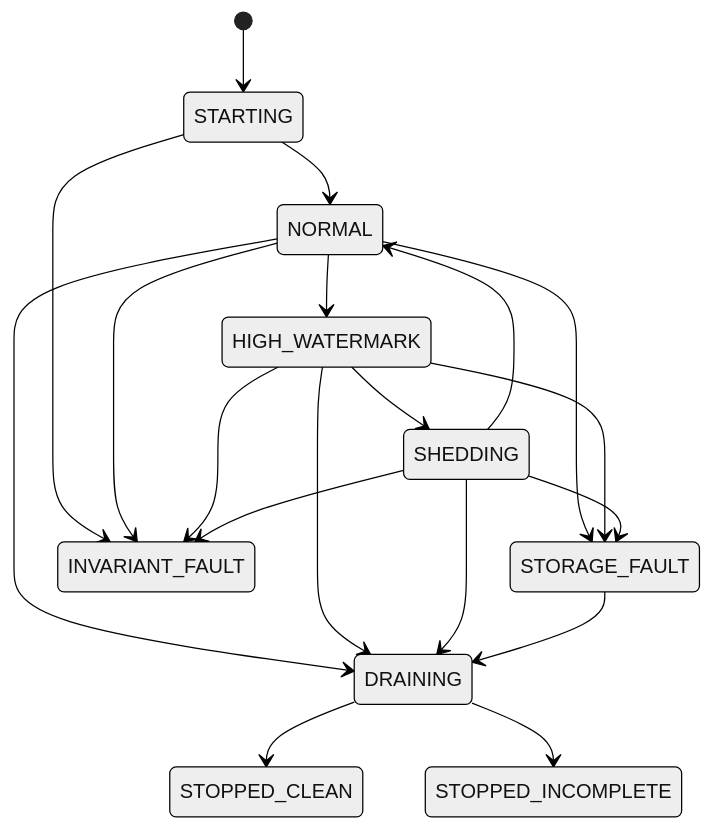
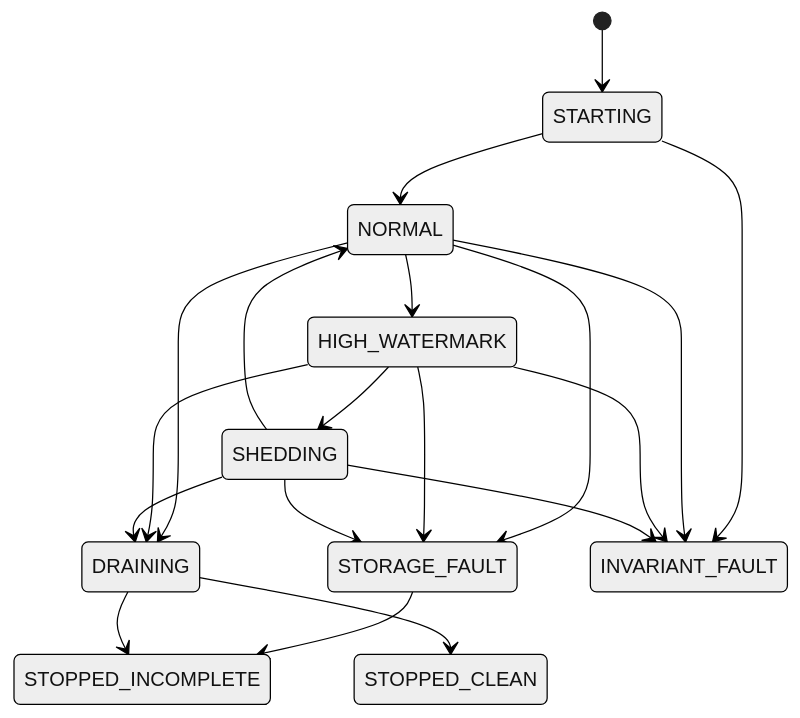
Before and after one commit to yusufdxb/BlackBoxRS: the diagram in docs/native_capture_failure_model.md, drawn with Mermaid (neutral theme). The commit also changed other lines of this file and 34 other files, not shown here.

````diff
--- a/docs/native_capture_failure_model.md
+++ b/docs/native_capture_failure_model.md
@@ -15,21 +15,21 @@
 ```mermaid
 stateDiagram-v2
     [*] --> STARTING
     STARTING --> NORMAL
     NORMAL --> HIGH_WATERMARK
     HIGH_WATERMARK --> SHEDDING
     SHEDDING --> NORMAL
     NORMAL --> STORAGE_FAULT
     HIGH_WATERMARK --> STORAGE_FAULT
     SHEDDING --> STORAGE_FAULT
     NORMAL --> DRAINING
     HIGH_WATERMARK --> DRAINING
     SHEDDING --> DRAINING
-    STORAGE_FAULT --> DRAINING
+    STORAGE_FAULT --> STOPPED_INCOMPLETE
     DRAINING --> STOPPED_CLEAN
     DRAINING --> STOPPED_INCOMPLETE
     STARTING --> INVARIANT_FAULT
     NORMAL --> INVARIANT_FAULT
     HIGH_WATERMARK --> INVARIANT_FAULT
     SHEDDING --> INVARIANT_FAULT
 ```
````
